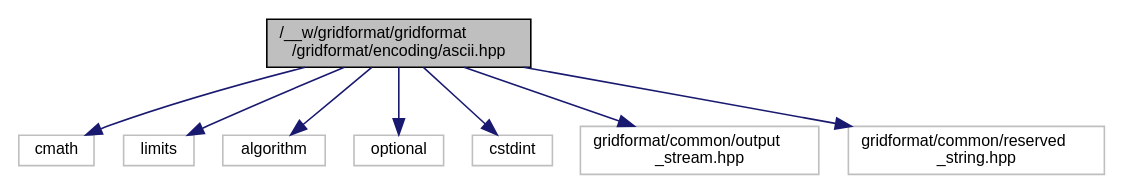
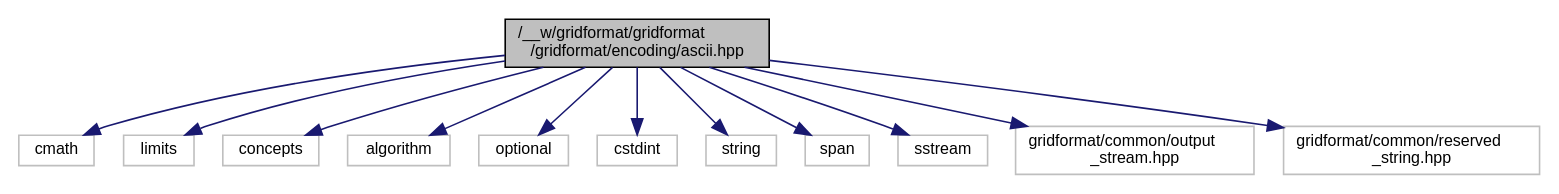
Before and after one commit to dglaeser/gridformat: the diagram in ascii_8hpp__incl.dot, drawn with Graphviz. The commit also changed 185 other files, not shown here.

```diff
--- a/ascii_8hpp__incl.dot
+++ b/ascii_8hpp__incl.dot
@@ -1,21 +1,29 @@
 digraph "/__w/gridformat/gridformat/gridformat/encoding/ascii.hpp"
 {
  // LATEX_PDF_SIZE
   edge [fontname="Helvetica",fontsize="10",labelfontname="Helvetica",labelfontsize="10"];
   node [fontname="Helvetica",fontsize="10",shape=record];
   Node1 [label="/__w/gridformat/gridformat\l/gridformat/encoding/ascii.hpp",height=0.2,width=0.4,color="black", fillcolor="grey75", style="filled", fontcolor="black",tooltip="Encoder and stream using ascii."];
   Node1 -> Node2 [color="midnightblue",fontsize="10",style="solid",fontname="Helvetica"];
   Node2 [label="cmath",height=0.2,width=0.4,color="grey75", fillcolor="white", style="filled",tooltip=" "];
   Node1 -> Node3 [color="midnightblue",fontsize="10",style="solid",fontname="Helvetica"];
   Node3 [label="limits",height=0.2,width=0.4,color="grey75", fillcolor="white", style="filled",tooltip=" "];
   Node1 -> Node4 [color="midnightblue",fontsize="10",style="solid",fontname="Helvetica"];
-  Node4 [label="algorithm",height=0.2,width=0.4,color="grey75", fillcolor="white", style="filled",tooltip=" "];
+  Node4 [label="concepts",height=0.2,width=0.4,color="grey75", fillcolor="white", style="filled",tooltip=" "];
   Node1 -> Node5 [color="midnightblue",fontsize="10",style="solid",fontname="Helvetica"];
-  Node5 [label="optional",height=0.2,width=0.4,color="grey75", fillcolor="white", style="filled",tooltip=" "];
+  Node5 [label="algorithm",height=0.2,width=0.4,color="grey75", fillcolor="white", style="filled",tooltip=" "];
   Node1 -> Node6 [color="midnightblue",fontsize="10",style="solid",fontname="Helvetica"];
-  Node6 [label="cstdint",height=0.2,width=0.4,color="grey75", fillcolor="white", style="filled",tooltip=" "];
+  Node6 [label="optional",height=0.2,width=0.4,color="grey75", fillcolor="white", style="filled",tooltip=" "];
   Node1 -> Node7 [color="midnightblue",fontsize="10",style="solid",fontname="Helvetica"];
-  Node7 [label="gridformat/common/output\l_stream.hpp",height=0.2,width=0.4,color="grey75", fillcolor="white", style="filled",tooltip=" "];
+  Node7 [label="cstdint",height=0.2,width=0.4,color="grey75", fillcolor="white", style="filled",tooltip=" "];
   Node1 -> Node8 [color="midnightblue",fontsize="10",style="solid",fontname="Helvetica"];
-  Node8 [label="gridformat/common/reserved\l_string.hpp",height=0.2,width=0.4,color="grey75", fillcolor="white", style="filled",tooltip=" "];
+  Node8 [label="string",height=0.2,width=0.4,color="grey75", fillcolor="white", style="filled",tooltip=" "];
+  Node1 -> Node9 [color="midnightblue",fontsize="10",style="solid",fontname="Helvetica"];
+  Node9 [label="span",height=0.2,width=0.4,color="grey75", fillcolor="white", style="filled",tooltip=" "];
+  Node1 -> Node10 [color="midnightblue",fontsize="10",style="solid",fontname="Helvetica"];
+  Node10 [label="sstream",height=0.2,width=0.4,color="grey75", fillcolor="white", style="filled",tooltip=" "];
+  Node1 -> Node11 [color="midnightblue",fontsize="10",style="solid",fontname="Helvetica"];
+  Node11 [label="gridformat/common/output\l_stream.hpp",height=0.2,width=0.4,color="grey75", fillcolor="white", style="filled",tooltip=" "];
+  Node1 -> Node12 [color="midnightblue",fontsize="10",style="solid",fontname="Helvetica"];
+  Node12 [label="gridformat/common/reserved\l_string.hpp",height=0.2,width=0.4,color="grey75", fillcolor="white", style="filled",tooltip=" "];
 }
```
